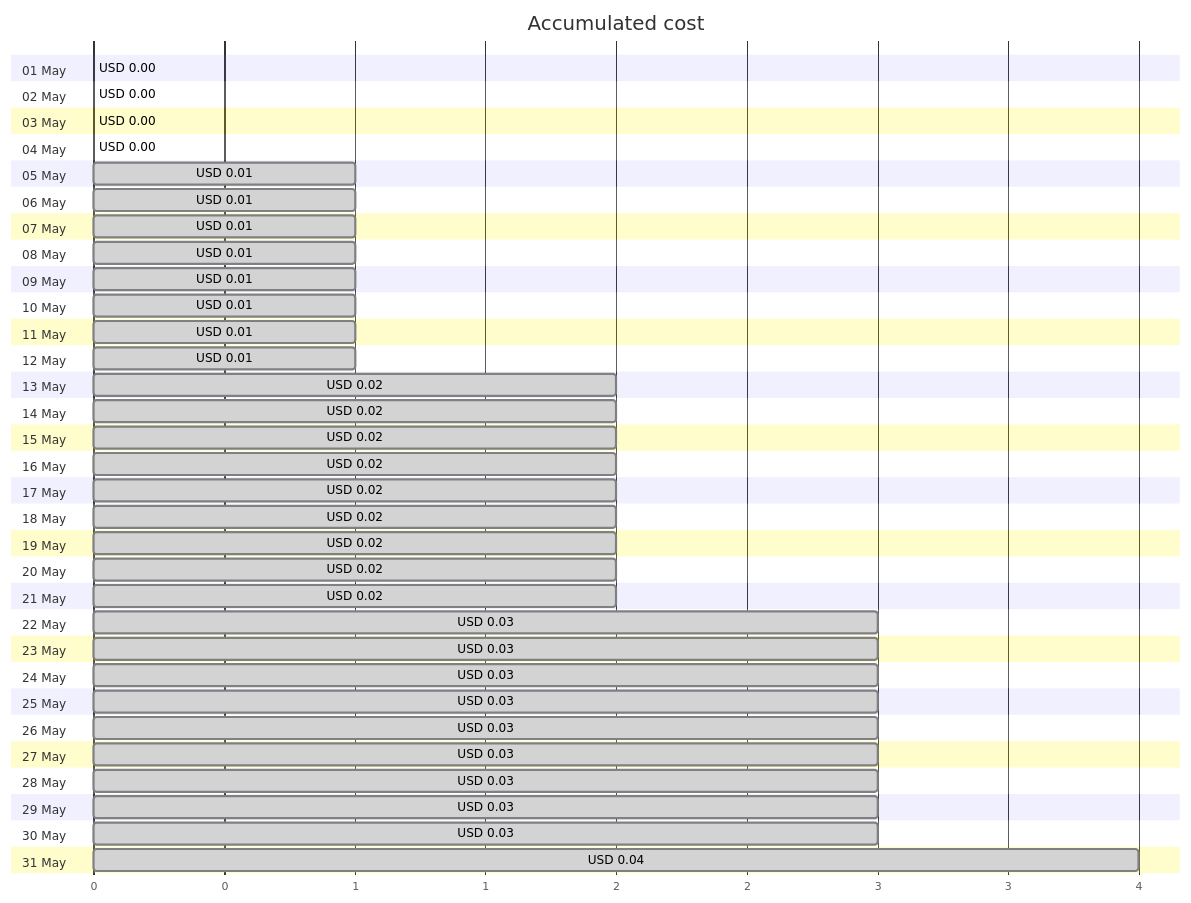
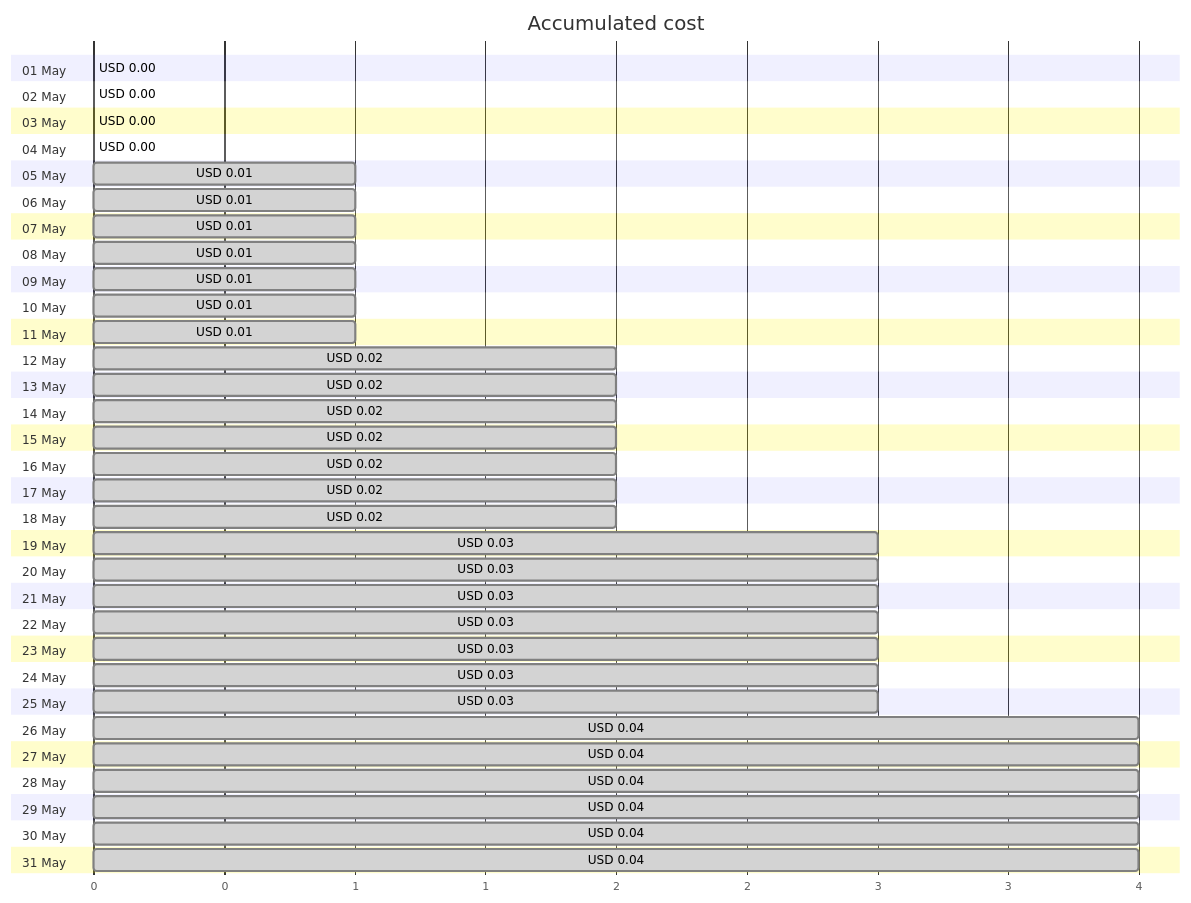
One commit to jpfulton/azure-personal-reports changed the first of 4 diagrams in cost-reports/personal-site/personalsiteapistorage.md. Above: the diagram before and after it, drawn with Mermaid. The commit also changed other lines of this file and 6 other files, not shown here.

````diff
--- a/cost-reports/personal-site/personalsiteapistorage.md
+++ b/cost-reports/personal-site/personalsiteapistorage.md
@@ -20,68 +20,68 @@
 ```mermaid
 gantt
    title Accumulated cost
    dateFormat  X
    axisFormat %s
    section 01 May
    USD 0.00 :0, 0
    section 02 May
    USD 0.00 :0, 0
    section 03 May
    USD 0.00 :0, 0
    section 04 May
-   USD 0.00 : done, 0, 0
+   USD 0.00 :0, 0
    section 05 May
    USD 0.01 : done, 0, 1
    section 06 May
    USD 0.01 : done, 0, 1
    section 07 May
    USD 0.01 : done, 0, 1
    section 08 May
    USD 0.01 : done, 0, 1
    section 09 May
    USD 0.01 : done, 0, 1
    section 10 May
    USD 0.01 : done, 0, 1
    section 11 May
    USD 0.01 : done, 0, 1
    section 12 May
-   USD 0.01 : done, 0, 1
+   USD 0.02 : done, 0, 2
    section 13 May
    USD 0.02 : done, 0, 2
    section 14 May
    USD 0.02 : done, 0, 2
    section 15 May
    USD 0.02 : done, 0, 2
    section 16 May
    USD 0.02 : done, 0, 2
    section 17 May
    USD 0.02 : done, 0, 2
    section 18 May
    USD 0.02 : done, 0, 2
    section 19 May
-   USD 0.02 : done, 0, 2
+   USD 0.03 : done, 0, 3
    section 20 May
-   USD 0.02 : done, 0, 2
+   USD 0.03 : done, 0, 3
    section 21 May
-   USD 0.02 : done, 0, 2
+   USD 0.03 : done, 0, 3
    section 22 May
    USD 0.03 : done, 0, 3
    section 23 May
    USD 0.03 : done, 0, 3
    section 24 May
    USD 0.03 : done, 0, 3
    section 25 May
    USD 0.03 : done, 0, 3
    section 26 May
-   USD 0.03 : done, 0, 3
+   USD 0.04 : done, 0, 4
    section 27 May
-   USD 0.03 : done, 0, 3
+   USD 0.04 : done, 0, 4
    section 28 May
-   USD 0.03 : done, 0, 3
+   USD 0.04 : done, 0, 4
    section 29 May
-   USD 0.03 : done, 0, 3
+   USD 0.04 : done, 0, 4
    section 30 May
-   USD 0.03 : done, 0, 3
+   USD 0.04 : done, 0, 4
    section 31 May
    USD 0.04 : done, 0, 4
 ```
````
